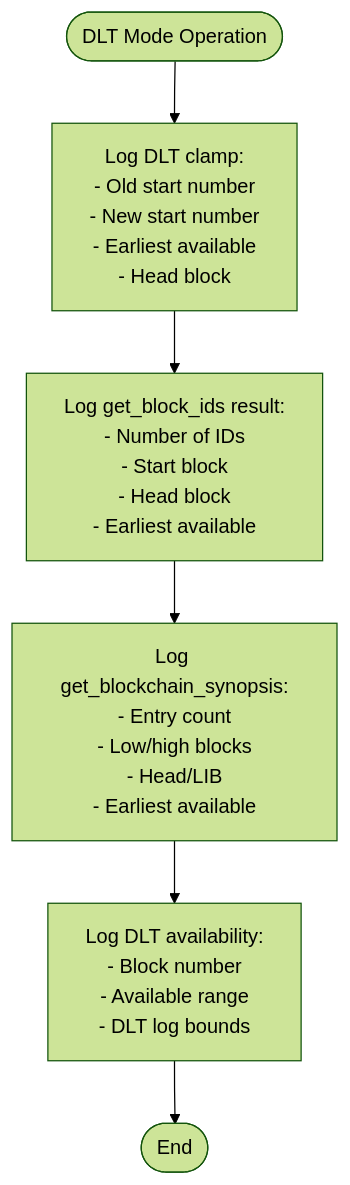
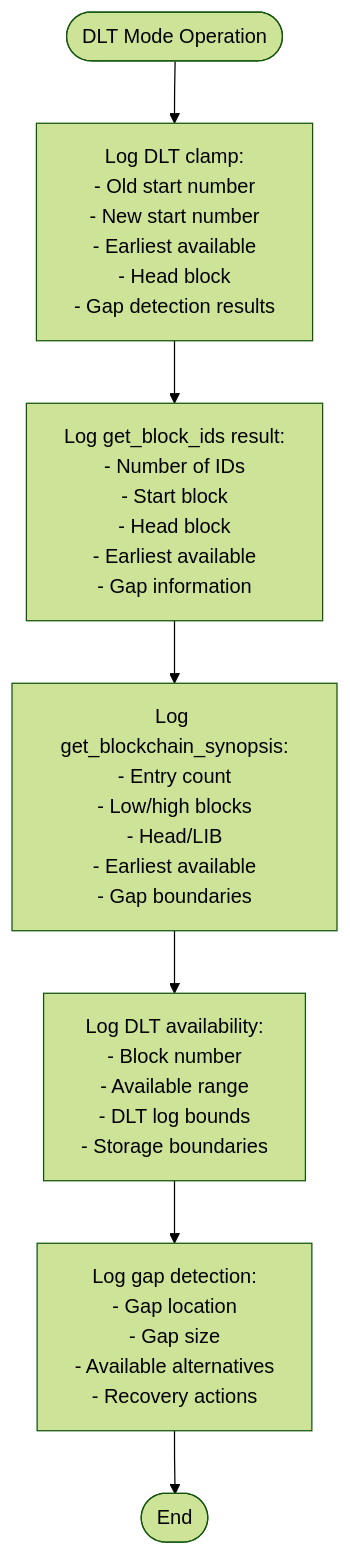
Before and after one commit to VIZ-Blockchain/viz-cpp-node: diagram 21 of 32 in .qoder/repowiki/en/content/P2p Plugin.md, drawn with Mermaid (forest theme). The commit also changed other lines of this file and 5 other files, not shown here.

First line of the commit message:
feat(dlt_block_log): add reset method and automatic gap recovery system

````diff
--- a/.qoder/repowiki/en/content/P2p Plugin.md
+++ b/.qoder/repowiki/en/content/P2p Plugin.md
@@ -591,8 +834,9 @@
 ```mermaid
 flowchart TD
-Start([DLT Mode Operation]) --> LogClamp["Log DLT clamp:<br/>- Old start number<br/>- New start number<br/>- Earliest available<br/>- Head block"]
-LogClamp --> LogIDs["Log get_block_ids result:<br/>- Number of IDs<br/>- Start block<br/>- Head block<br/>- Earliest available"]
-LogIDs --> LogSynopsis["Log get_blockchain_synopsis:<br/>- Entry count<br/>- Low/high blocks<br/>- Head/LIB<br/>- Earliest available"]
-LogSynopsis --> LogAvailability["Log DLT availability:<br/>- Block number<br/>- Available range<br/>- DLT log bounds"]
-LogAvailability --> End([End])
+Start([DLT Mode Operation]) --> LogClamp["Log DLT clamp:<br/>- Old start number<br/>- New start number<br/>- Earliest available<br/>- Head block<br/>- Gap detection results"]
+LogClamp --> LogIDs["Log get_block_ids result:<br/>- Number of IDs<br/>- Start block<br/>- Head block<br/>- Earliest available<br/>- Gap information"]
+LogIDs --> LogSynopsis["Log get_blockchain_synopsis:<br/>- Entry count<br/>- Low/high blocks<br/>- Head/LIB<br/>- Earliest available<br/>- Gap boundaries"]
+LogSynopsis --> LogAvailability["Log DLT availability:<br/>- Block number<br/>- Available range<br/>- DLT log bounds<br/>- Storage boundaries"]
+LogAvailability --> LogGap["Log gap detection:<br/>- Gap location<br/>- Gap size<br/>- Available alternatives<br/>- Recovery actions"]
+LogGap --> End([End])
 ```
````
